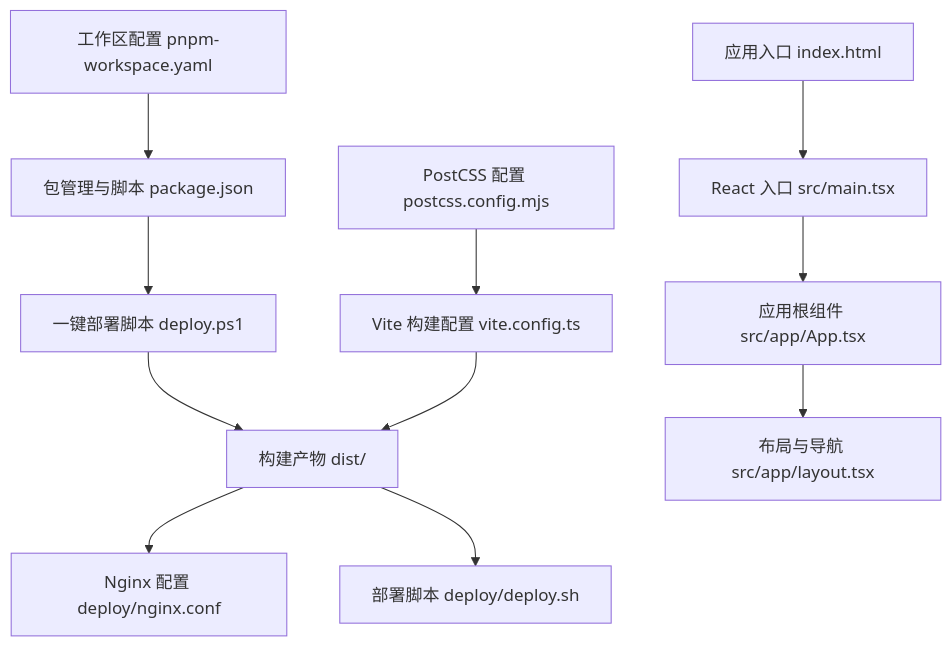
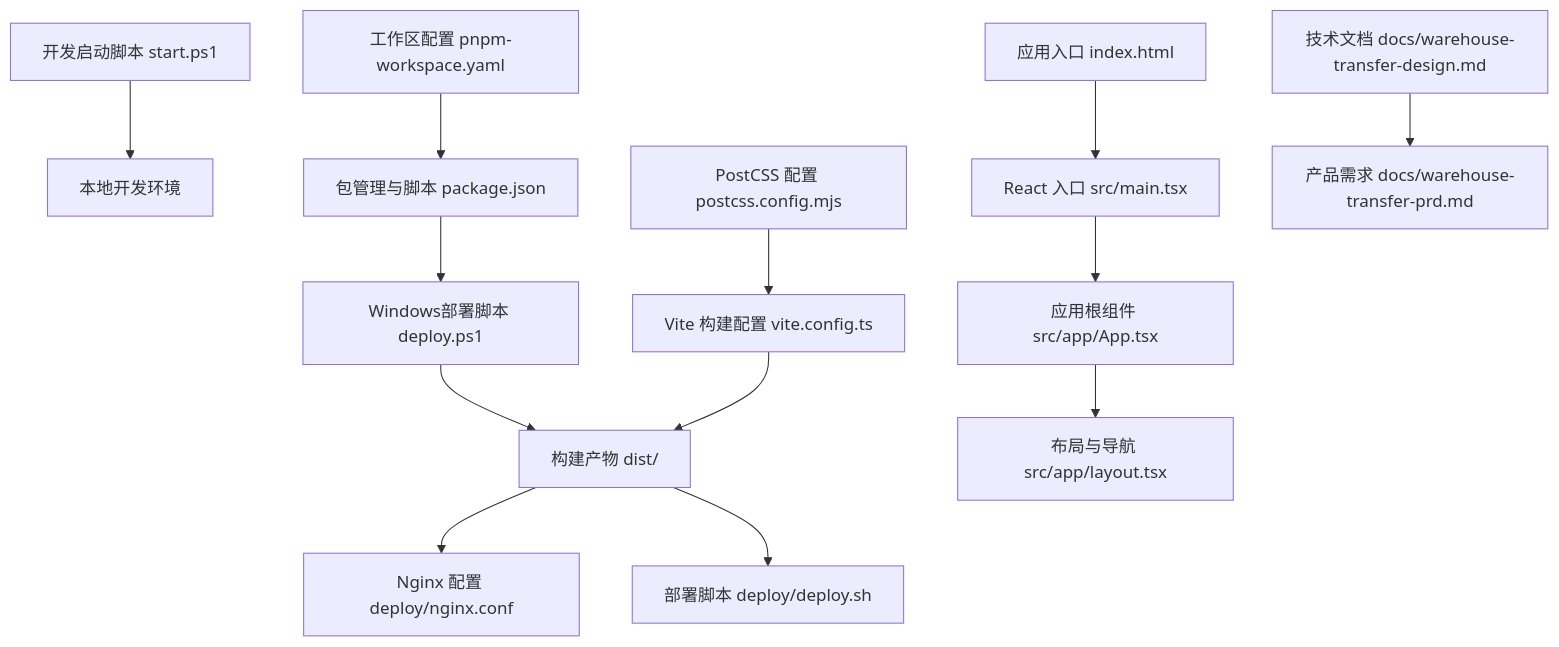
Before and after one commit to chinak/permission_apply: the first of 9 diagrams in .qoder/repowiki/zh/content/部署和运维/部署和运维.md, drawn with Mermaid. The commit also changed other lines of this file and 94 other files, not shown here.

````diff
--- a/.qoder/repowiki/zh/content/部署和运维/部署和运维.md
+++ b/.qoder/repowiki/zh/content/部署和运维/部署和运维.md
@@ -40,13 +55,15 @@
 ```mermaid
 graph TB
 A["构建产物 dist/"] --> B["Nginx 配置 deploy/nginx.conf"]
 A --> C["部署脚本 deploy/deploy.sh"]
-D["一键部署脚本 deploy.ps1"] --> A
-E["Vite 构建配置 vite.config.ts"] --> A
-F["包管理与脚本 package.json"] --> D
-G["PostCSS 配置 postcss.config.mjs"] --> E
-H["工作区配置 pnpm-workspace.yaml"] --> F
-I["应用入口 index.html"] --> J["React 入口 src/main.tsx"]
-J --> K["应用根组件 src/app/App.tsx"]
-K --> L["布局与导航 src/app/layout.tsx"]
+D["Windows部署脚本 deploy.ps1"] --> A
+E["开发启动脚本 start.ps1"] --> F["本地开发环境"]
+G["Vite 构建配置 vite.config.ts"] --> A
+H["包管理与脚本 package.json"] --> D
+I["PostCSS 配置 postcss.config.mjs"] --> G
+J["工作区配置 pnpm-workspace.yaml"] --> H
+K["应用入口 index.html"] --> L["React 入口 src/main.tsx"]
+L --> M["应用根组件 src/app/App.tsx"]
+M --> N["布局与导航 src/app/layout.tsx"]
+O["技术文档 docs/warehouse-transfer-design.md"] --> P["产品需求 docs/warehouse-transfer-prd.md"]
 ```
````
